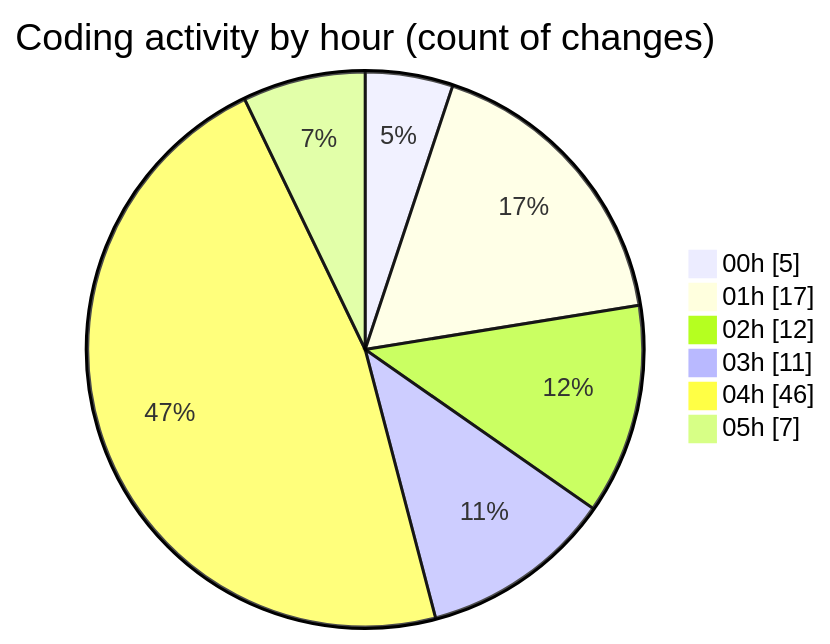
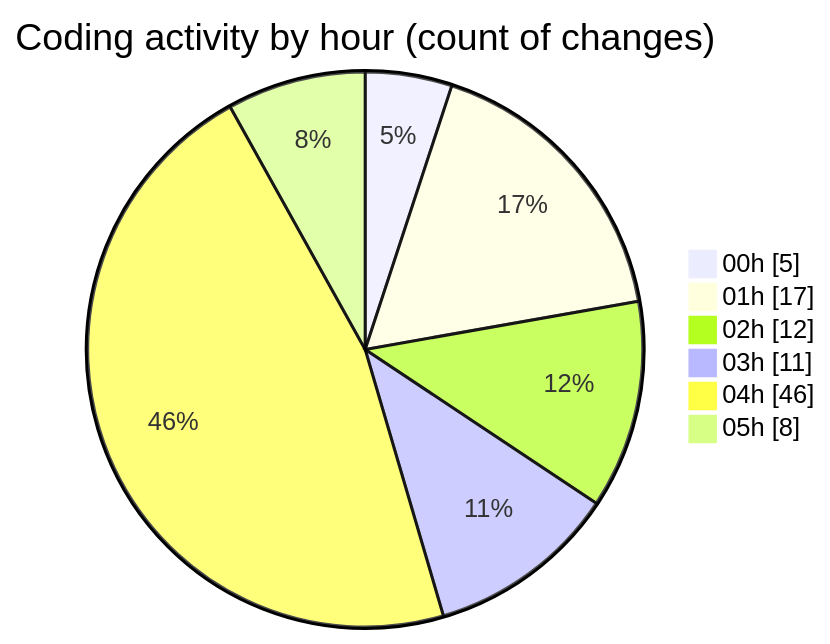
One commit to EIIisD/code-tracking changed the second of 2 diagrams in 2025-08-04/tw-server/README.md. Above: the diagram before and after it, drawn with Mermaid. The commit also changed other lines of this file and 1 other file, not shown here.

````diff
--- a/2025-08-04/tw-server/README.md
+++ b/2025-08-04/tw-server/README.md
@@ -38,10 +38,10 @@
 ```mermaid
 pie showData
 title Coding activity by hour (count of changes)
 "00h" : 5
 "01h" : 17
 "02h" : 12
 "03h" : 11
 "04h" : 46
-"05h" : 7
+"05h" : 8
 ```
````
